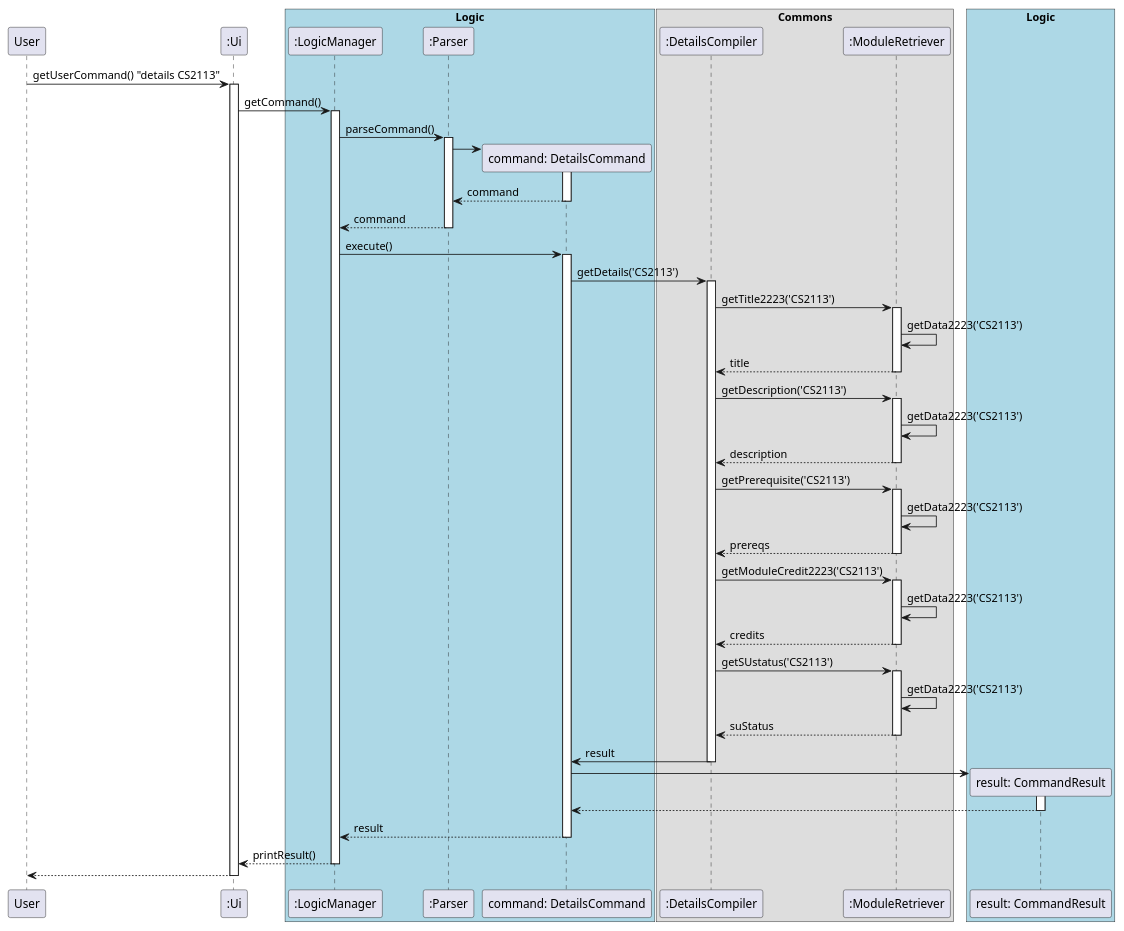
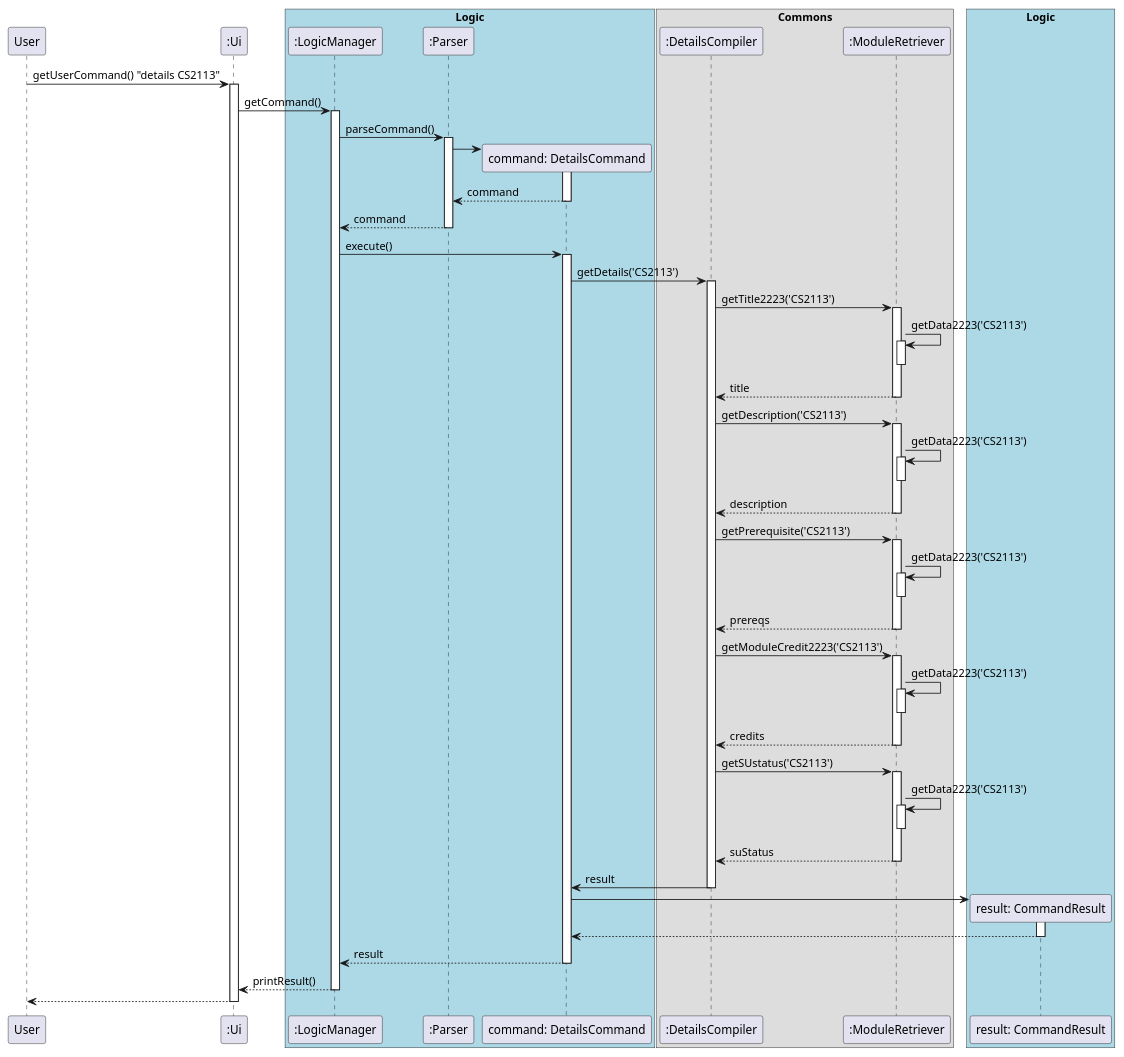
Before and after one commit to sriram-senthilkr/tp: the diagram in docs/uml/sourcecode/DetailsSequence.puml, drawn with PlantUML. The commit also changed 3 other files, not shown here.

Commit message:
Add Details Sequence Diagram to DG, reformat 'help' command

```diff
--- a/docs/uml/sourcecode/DetailsSequence.puml
+++ b/docs/uml/sourcecode/DetailsSequence.puml
@@ -1,102 +1,112 @@
 @startuml
 participant User
 participant ":Ui" as Ui
 
 box "Logic" #LightBlue
 participant ":LogicManager" as LogicManager
 participant ":Parser" as Parser
 participant "command: DetailsCommand" as DetailsCommand
 box "Commons"
 participant ":DetailsCompiler" as DetailsCompiler
 participant ":ModuleRetriever" as ModuleRetriever
 end box
 participant "result: CommandResult" as CommandResult
 end box
 
 box "Model" #LightPink
 
 end box
 
 
 User -> Ui: getUserCommand() "details CS2113"
 activate Ui
 
 Ui -> LogicManager: getCommand()
 activate LogicManager
 
 LogicManager -> Parser: parseCommand()
 activate Parser
 
 create DetailsCommand
 Parser -> DetailsCommand
 activate DetailsCommand
 
 DetailsCommand --> Parser: command
 deactivate DetailsCommand
 
 Parser --> LogicManager: command
 deactivate Parser
 
 
 LogicManager -> DetailsCommand: execute()
 activate DetailsCommand
 
 
 
 
 
 
 DetailsCommand -> DetailsCompiler: getDetails('CS2113')
 activate DetailsCompiler
 
 DetailsCompiler -> ModuleRetriever: getTitle2223('CS2113')
 activate ModuleRetriever
 ModuleRetriever -> ModuleRetriever: getData2223('CS2113')
+activate ModuleRetriever
+deactivate ModuleRetriever
 ModuleRetriever --> DetailsCompiler: title
 deactivate ModuleRetriever
 
 DetailsCompiler -> ModuleRetriever: getDescription('CS2113')
 activate ModuleRetriever
 ModuleRetriever -> ModuleRetriever: getData2223('CS2113')
+activate ModuleRetriever
+deactivate ModuleRetriever
 ModuleRetriever --> DetailsCompiler: description
 deactivate ModuleRetriever
 
 
 DetailsCompiler -> ModuleRetriever: getPrerequisite('CS2113')
 activate ModuleRetriever
 ModuleRetriever -> ModuleRetriever: getData2223('CS2113')
+activate ModuleRetriever
+deactivate ModuleRetriever
 ModuleRetriever --> DetailsCompiler: prereqs
 deactivate ModuleRetriever
 
 
 DetailsCompiler -> ModuleRetriever: getModuleCredit2223('CS2113')
 activate ModuleRetriever
 ModuleRetriever -> ModuleRetriever: getData2223('CS2113')
+activate ModuleRetriever
+deactivate ModuleRetriever
 ModuleRetriever --> DetailsCompiler: credits
 deactivate ModuleRetriever
 
 DetailsCompiler -> ModuleRetriever: getSUstatus('CS2113')
 activate ModuleRetriever
 ModuleRetriever -> ModuleRetriever: getData2223('CS2113')
+activate ModuleRetriever
+deactivate ModuleRetriever
 ModuleRetriever --> DetailsCompiler: suStatus
 deactivate ModuleRetriever
 
 DetailsCompiler -> DetailsCommand: result
 deactivate DetailsCompiler
 
 create CommandResult
 DetailsCommand -> CommandResult
 activate CommandResult
 CommandResult --> DetailsCommand
 deactivate CommandResult
 
 DetailsCommand --> LogicManager: result
 deactivate DetailsCommand
 
 LogicManager --> Ui: printResult()
 deactivate LogicManager
 
 Ui --> User
 deactivate Ui
 
 @enduml
```
